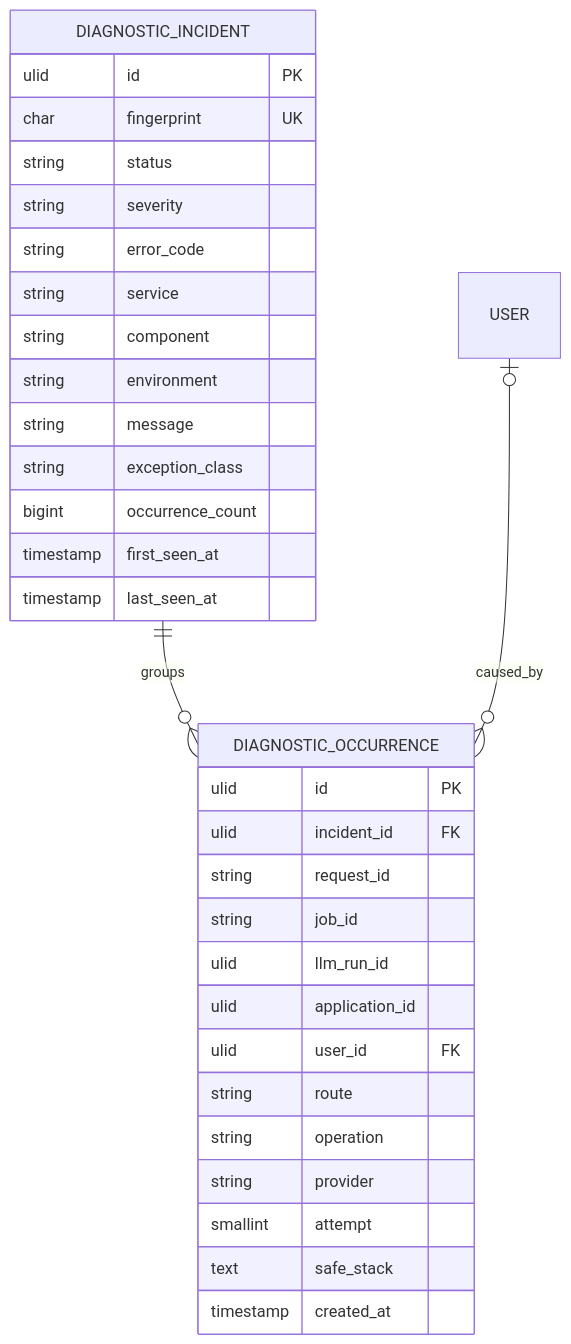
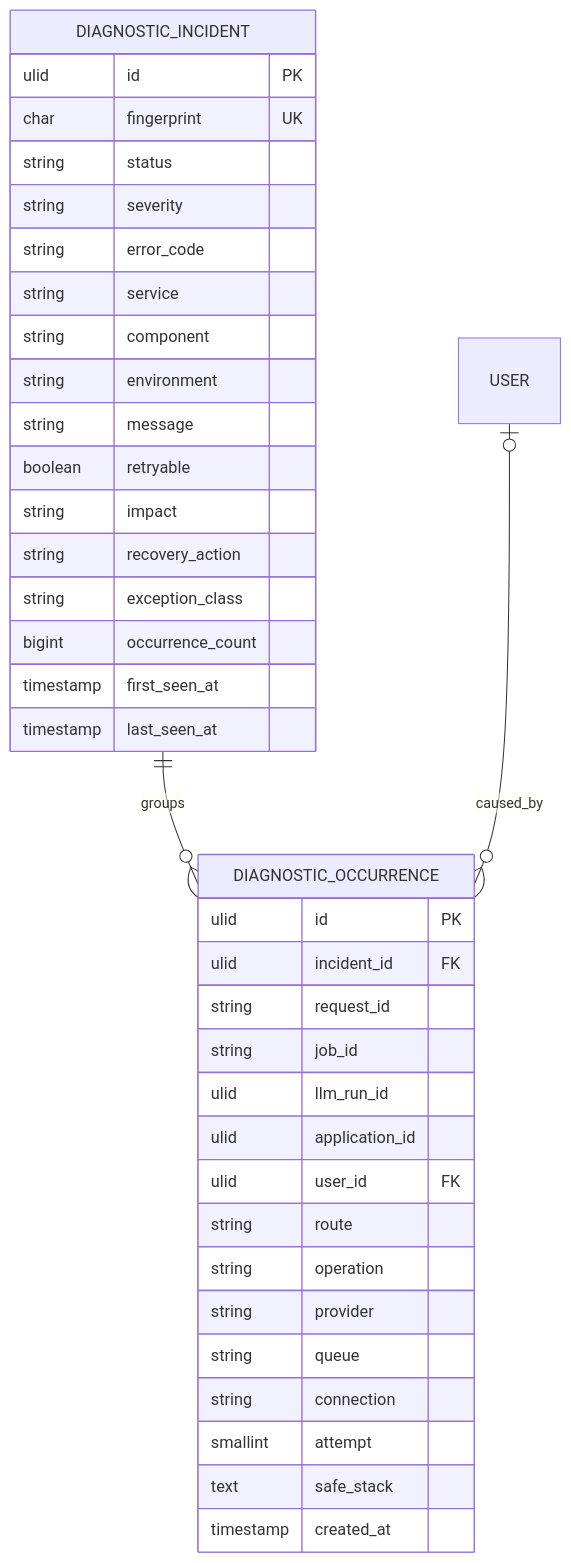
One commit to filatelist-hitech/CVortex changed the diagram in docs/04-Data/Diagnostics.md. Above: the diagram before and after it, drawn with Mermaid. The commit also changed other lines of this file and 40 other files, not shown here.

````diff
--- a/docs/04-Data/Diagnostics.md
+++ b/docs/04-Data/Diagnostics.md
@@ -13,35 +13,40 @@
 ```mermaid
 erDiagram
   DIAGNOSTIC_INCIDENT ||--o{ DIAGNOSTIC_OCCURRENCE : groups
   USER |o--o{ DIAGNOSTIC_OCCURRENCE : caused_by
   DIAGNOSTIC_INCIDENT {
     ulid id PK
     char fingerprint UK
     string status
     string severity
     string error_code
     string service
     string component
     string environment
     string message
+    boolean retryable
+    string impact
+    string recovery_action
     string exception_class
     bigint occurrence_count
     timestamp first_seen_at
     timestamp last_seen_at
   }
   DIAGNOSTIC_OCCURRENCE {
     ulid id PK
     ulid incident_id FK
     string request_id
     string job_id
     ulid llm_run_id
     ulid application_id
     ulid user_id FK
     string route
     string operation
     string provider
+    string queue
+    string connection
     smallint attempt
     text safe_stack
     timestamp created_at
   }
 ```
````
